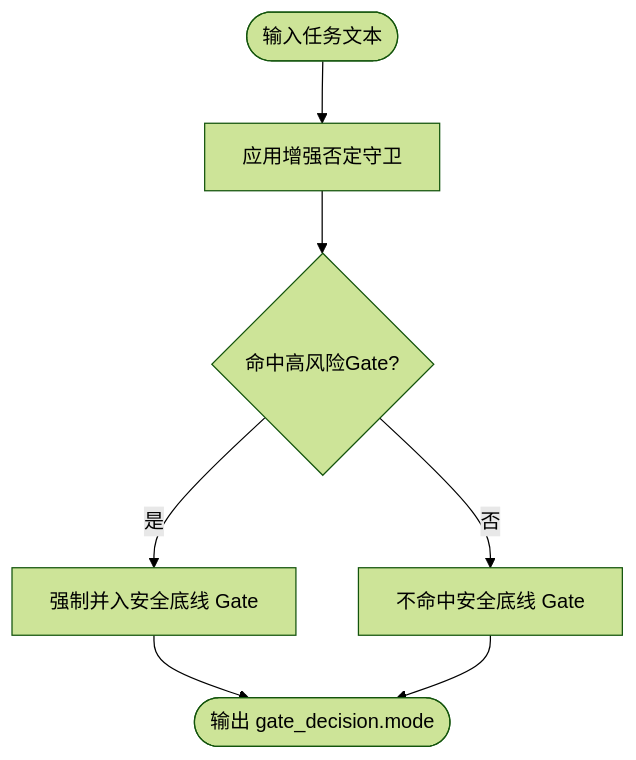
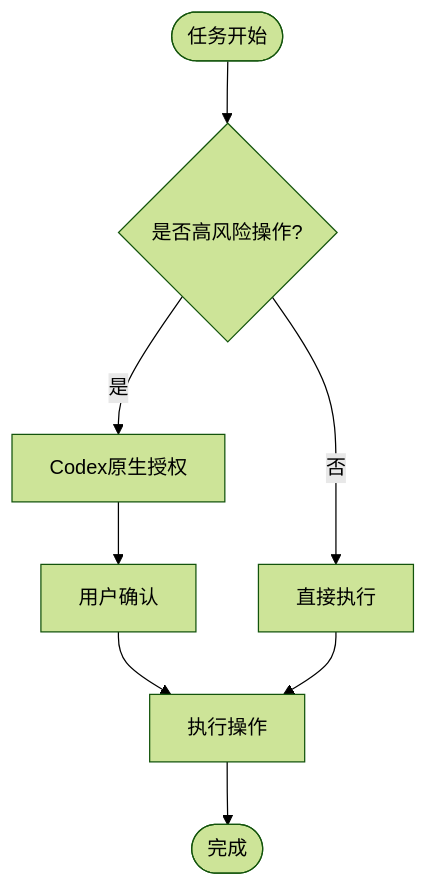
One commit to HackSing/docs-harness changed the third of 4 diagrams in .qoder/repowiki/zh/content/核心概念/风险门控系统/风险门控系统.md. Above: the diagram before and after it, drawn with Mermaid (forest theme). The commit also changed other lines of this file and 42 other files, not shown here.

````diff
--- a/.qoder/repowiki/zh/content/核心概念/风险门控系统/风险门控系统.md
+++ b/.qoder/repowiki/zh/content/核心概念/风险门控系统/风险门控系统.md
@@ -141,9 +129,10 @@
 ```mermaid
 flowchart TD
-Start(["输入任务文本"]) --> CheckNegation["应用增强否定守卫"]
-CheckNegation --> MatchHighRisk{"命中高风险Gate?"}
-MatchHighRisk --> |是| AddHighRiskGates["强制并入安全底线 Gate"]
-MatchHighRisk --> |否| SkipHighRisk["不命中安全底线 Gate"]
-AddHighRiskGates --> End(["输出 gate_decision.mode"])
-SkipHighRisk --> End
+Start(["任务开始"]) --> CheckRisk{"是否高风险操作?"}
+CheckRisk --> |是| NativeAuth["Codex原生授权"]
+CheckRisk --> |否| DirectExec["直接执行"]
+NativeAuth --> Confirm["用户确认"]
+Confirm --> Execute["执行操作"]
+DirectExec --> Execute
+Execute --> Complete(["完成"])
 ```
````
